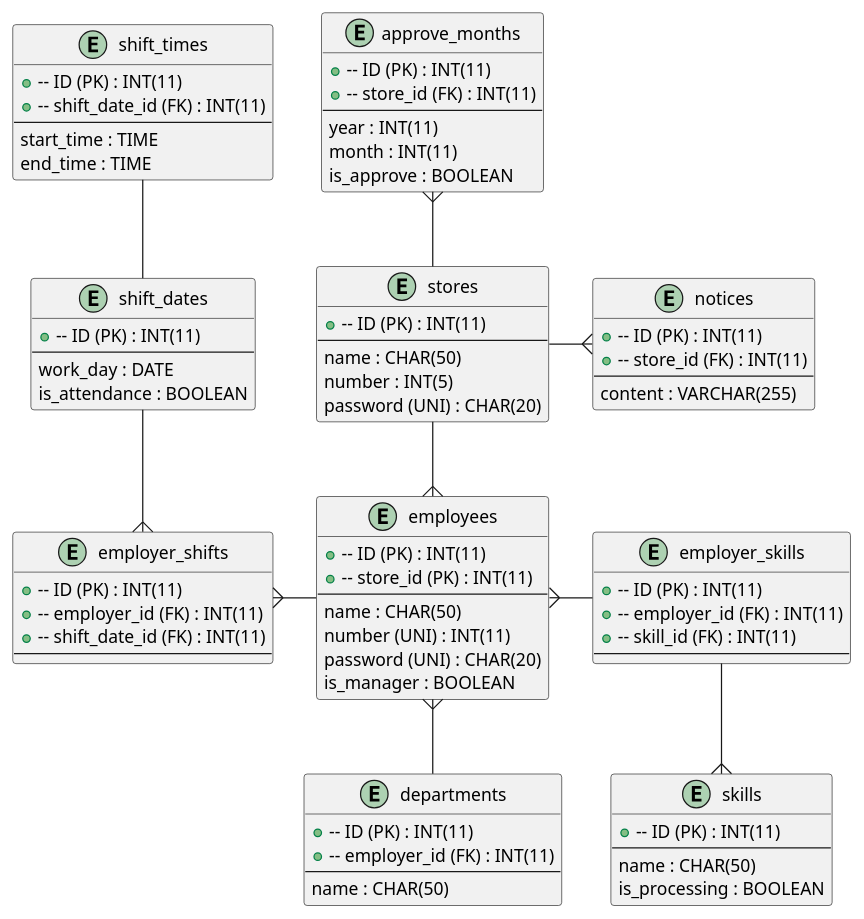
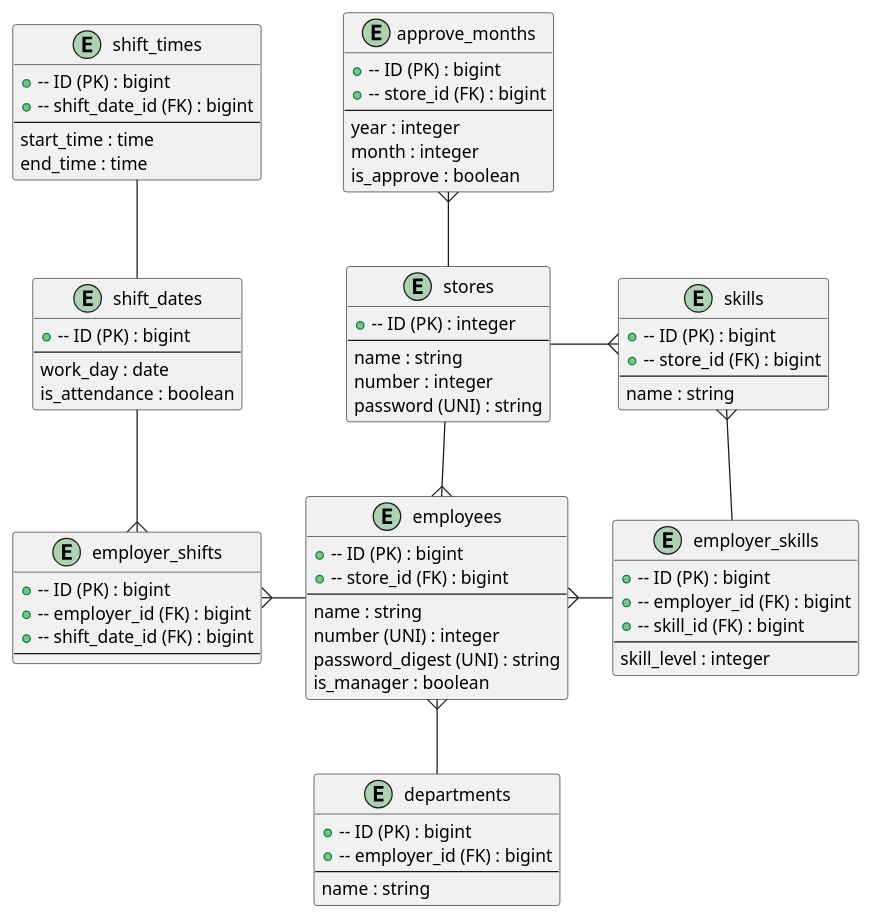
Before and after one commit to kokimoriguchi/portfolio_detail: the diagram in ER.pu, drawn with PlantUML.

```diff
--- a/ER.pu
+++ b/ER.pu
@@ -1,89 +1,84 @@
 @startuml ER
 
 entity "employees" as employees {
-  +-- ID (PK) : INT(11)
-  +-- store_id (PK) : INT(11)
+  +-- ID (PK) : bigint
+  +-- store_id (FK) : bigint
   --
-  name : CHAR(50)
-  number (UNI) : INT(11)
-  password (UNI) : CHAR(20)
-  is_manager : BOOLEAN
+  name : string
+  number (UNI) : integer
+  password_digest (UNI) : string
+  is_manager : boolean
 }
 
 entity "shift_times" as shift_times {
-  +-- ID (PK) : INT(11)
-  +-- shift_date_id (FK) : INT(11)
+  +-- ID (PK) : bigint
+  +-- shift_date_id (FK) : bigint
   --
-  start_time : TIME
-  end_time : TIME
+  start_time : time
+  end_time : time
 }
 
 entity "shift_dates" as shift_dates {
-  +-- ID (PK) : INT(11)
+  +-- ID (PK) : bigint
   --
-  work_day : DATE
-  is_attendance : BOOLEAN
+  work_day : date
+  is_attendance : boolean
 }
 
 entity "employer_shifts" as employer_shifts {
-  +-- ID (PK) : INT(11)
-  +-- employer_id (FK) : INT(11)
-  +-- shift_date_id (FK) : INT(11)
+  +-- ID (PK) : bigint
+  +-- employer_id (FK) : bigint
+  +-- shift_date_id (FK) : bigint
   --
 }
 
 entity "approve_months" as approve_months {
-  +-- ID (PK) : INT(11)
-  +-- store_id (FK) : INT(11)
+  +-- ID (PK) : bigint
+  +-- store_id (FK) : bigint
   --
-  year : INT(11)
-  month : INT(11)
-  is_approve : BOOLEAN
+  year : integer
+  month : integer
+  is_approve : boolean
 }
 
 entity "departments" as departments {
-  +-- ID (PK) : INT(11)
-  +-- employer_id (FK) : INT(11)
+  +-- ID (PK) : bigint
+  +-- employer_id (FK) : bigint
   --
-  name : CHAR(50)
+  name : string
 }
 
 entity "skills" as skills {
-  +-- ID (PK) : INT(11)
+  +-- ID (PK) : bigint
+  +-- store_id (FK) : bigint
   --
-  name : CHAR(50)
-  is_processing : BOOLEAN
+  name : string
 }
 
 entity "employer_skills" as employer_skills {
-  +-- ID (PK) : INT(11)
-  +-- employer_id (FK) : INT(11)
-  +-- skill_id (FK) : INT(11)
+  +-- ID (PK) : bigint
+  +-- employer_id (FK) : bigint
+  +-- skill_id (FK) : bigint
   --
+  skill_level : integer
 }
 
 entity "stores" as stores {
-  +-- ID (PK) : INT(11)
+  +-- ID (PK) : integer
   --
-  name : CHAR(50)
-  number : INT(5)
-  password (UNI) : CHAR(20)
+  name : string
+  number : integer
+  password (UNI) : string
 }
 
-entity "notices" as notices {
-  +-- ID (PK) : INT(11)
-  +-- store_id (FK) : INT(11)
-  --
-  content : VARCHAR(255)
-}
-stores -r-{ notices
 stores -d-{ employees
+stores -r-{ skills
 employees -l-{ employer_shifts
 employer_shifts }-u- shift_dates
 shift_times -- shift_dates
 employer_skills -l-{ employees
-employer_skills --{ skills
+employer_skills -u-{ skills
 departments -u-{ employees
-approve_months }-- stores
+approve_months }-d- stores
 
 @enduml
```
